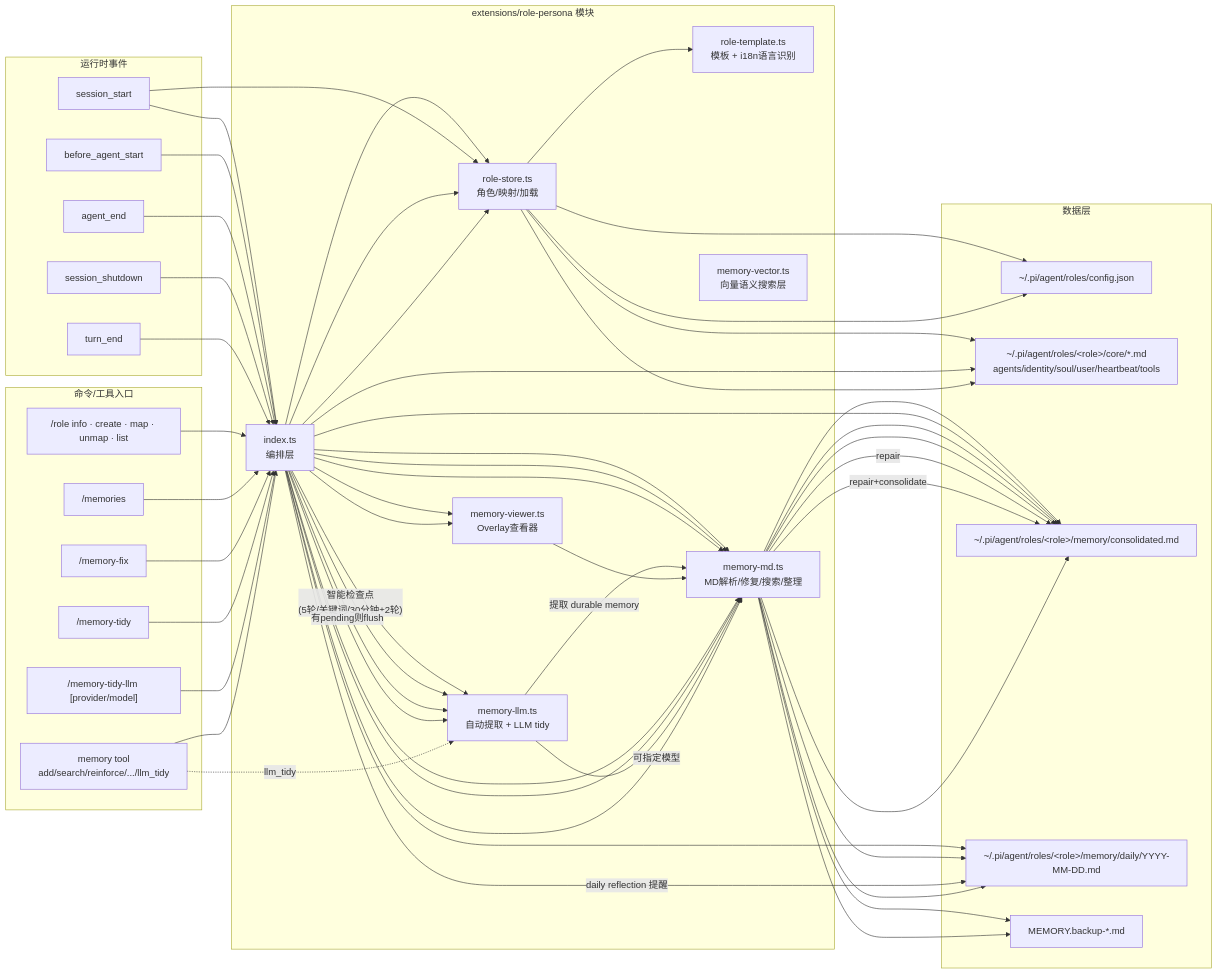
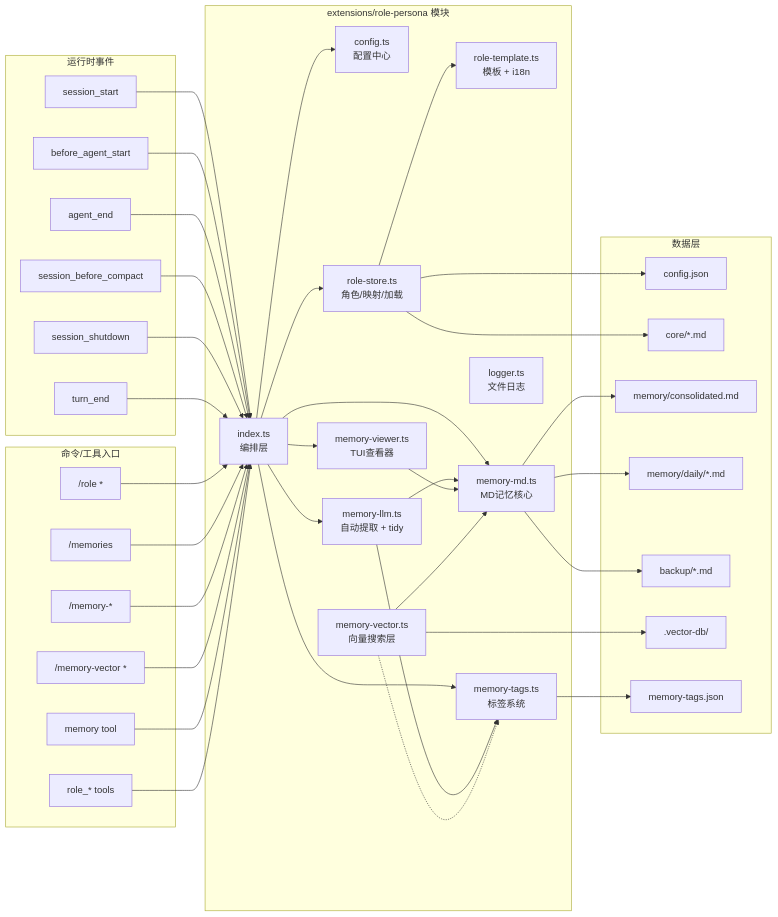
Before and after one commit to Dwsy/agent: the diagram in extensions/role-persona/ARCHITECTURE.md, drawn with Mermaid. The commit also changed other lines of this file and 17 other files, not shown here.

First line of the commit message:
feat(role-persona): 更新扩展文档结构，添加 package.json 和 QUICKSTART

````diff
--- a/extensions/role-persona/ARCHITECTURE.md
+++ b/extensions/role-persona/ARCHITECTURE.md
@@ -8,98 +88,81 @@
 flowchart LR
   subgraph M["extensions/role-persona 模块"]
     IDX["index.ts<br/>编排层"]
+    CFG["config.ts<br/>配置中心"]
     STORE["role-store.ts<br/>角色/映射/加载"]
-    TPL["role-template.ts<br/>模板 + i18n语言识别"]
-    MMD["memory-md.ts<br/>MD解析/修复/搜索/整理"]
-    MLLM["memory-llm.ts<br/>自动提取 + LLM tidy"]
-    MVIEW["memory-viewer.ts<br/>Overlay查看器"]
-    MVEC["memory-vector.ts<br/>向量语义搜索层"]
+    TPL["role-template.ts<br/>模板 + i18n"]
+    MMD["memory-md.ts<br/>MD记忆核心"]
+    MLLM["memory-llm.ts<br/>自动提取 + tidy"]
+    MTAGS["memory-tags.ts<br/>标签系统"]
+    MVIEW["memory-viewer.ts<br/>TUI查看器"]
+    MVEC["memory-vector.ts<br/>向量搜索层"]
+    LOG["logger.ts<br/>文件日志"]
   end
 
   subgraph E["运行时事件"]
     S1["session_start"]
     S2["before_agent_start"]
     S3["agent_end"]
-    S4["session_shutdown"]
-    S5["turn_end"]
+    S4["session_before_compact"]
+    S5["session_shutdown"]
+    S6["turn_end"]
   end
 
   subgraph C["命令/工具入口"]
-    R1["/role info · create · map · unmap · list"]
+    R1["/role *"]
     R2["/memories"]
-    R3["/memory-fix"]
-    R4["/memory-tidy"]
-    R5["/memory-tidy-llm [provider/model]"]
-    T1["memory tool<br/>add/search/reinforce/.../llm_tidy"]
+    R3["/memory-*"]
+    R4["/memory-vector *"]
+    T1["memory tool"]
+    T2["role_* tools"]
   end
 
   subgraph D["数据层"]
-    F1["~/.pi/agent/roles/config.json"]
-    F2["~/.pi/agent/roles/&lt;role&gt;/core/*.md<br/>agents/identity/soul/user/heartbeat/tools"]
-    F3["~/.pi/agent/roles/&lt;role&gt;/memory/consolidated.md"]
-    F4["~/.pi/agent/roles/&lt;role&gt;/memory/daily/YYYY-MM-DD.md"]
-    F5["MEMORY.backup-*.md"]
+    F1["config.json"]
+    F2["core/*.md"]
+    F3["memory/consolidated.md"]
+    F4["memory/daily/*.md"]
+    F5["backup/*.md"]
+    F6[".vector-db/"]
+    F7["memory-tags.json"]
   end
 
+  %% 内部依赖
+  IDX --> CFG
   IDX --> STORE
   IDX --> MMD
   IDX --> MLLM
   IDX --> MVIEW
+  IDX --> MTAGS
   STORE --> TPL
+  MLLM --> MMD
+  MLLM --> MTAGS
+  MVIEW --> MMD
+  MVEC --> MMD
+  MVEC -.-> MTAGS
 
+  %% 事件流
   S1 --> IDX
-  S1 --> STORE
+  S2 --> IDX
+  S3 --> IDX
+  S4 --> IDX
+  S5 --> IDX
+  S6 --> IDX
+
+  %% 命令流
+  R1 --> IDX
+  R2 --> IDX
+  R3 --> IDX
+  R4 --> IDX
+  T1 --> IDX
+  T2 --> IDX
+
+  %% 数据持久化
   STORE --> F1
   STORE --> F2
-  IDX --> MMD
-  MMD --> F3
-
-  S2 --> IDX
-  IDX --> STORE
-  IDX --> MMD
-  IDX --> F2
-  IDX --> F3
-  IDX --> F4
-
-  S3 --> IDX
-  IDX -->|"智能检查点<br/>(5轮/关键词/30分钟+2轮)"| MLLM
-  MLLM -->|"提取 durable memory"| MMD
   MMD --> F3
   MMD --> F4
-
-  S4 --> IDX
-  IDX -->|"有pending则flush"| MLLM
-
-  S5 --> IDX
-  IDX -->|"daily reflection 提醒"| F4
-
-  R1 --> IDX
-  IDX --> STORE
-  STORE --> F1
-  STORE --> F2
-
-  R2 --> IDX
-  IDX --> MVIEW
-  MVIEW --> MMD
-  MMD --> F3
-  MMD --> F4
-
-  R3 --> IDX
-  IDX --> MMD
-  MMD -->|repair| F3
   MMD --> F5
-
-  R4 --> IDX
-  IDX --> MMD
-  MMD -->|repair+consolidate| F3
-
-  R5 --> IDX
-  IDX --> MLLM
-  MLLM -->|"可指定模型"| MMD
-  MMD --> F3
-  MMD --> F5
-
-  T1 --> IDX
-  IDX --> MMD
-  T1 -. llm_tidy .-> MLLM
+  MVEC --> F6
+  MTAGS --> F7
 ```
````
